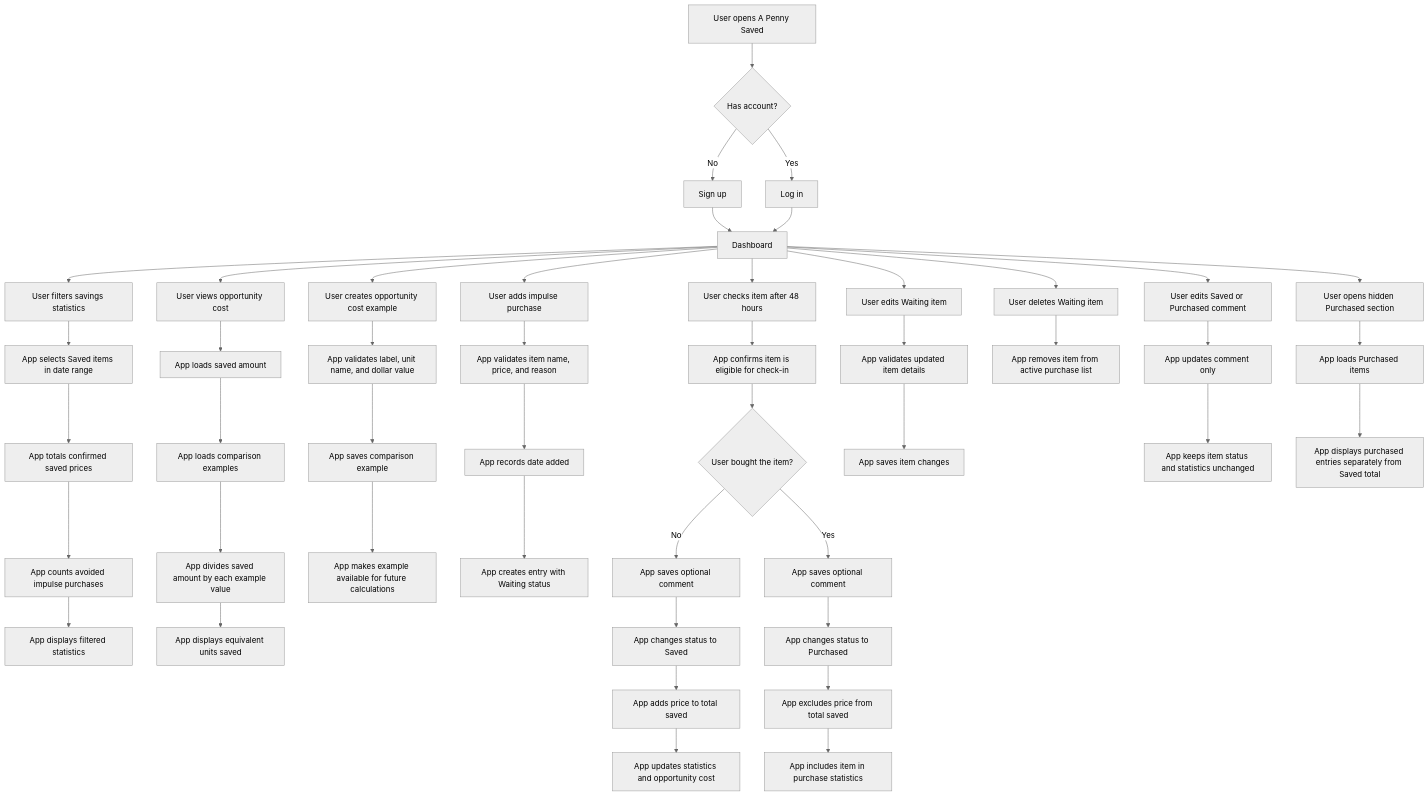
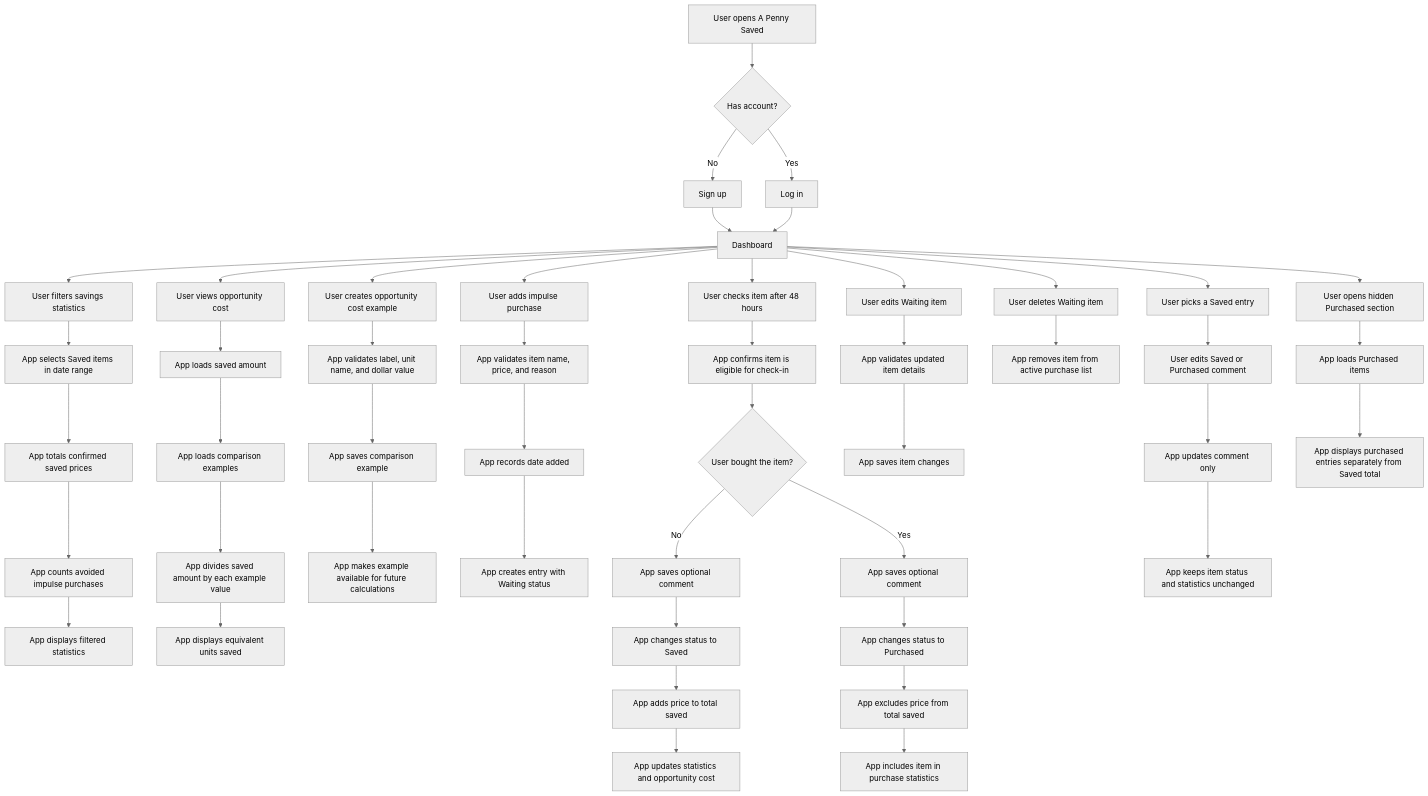
One commit to angelah9178/penny-saved changed the diagram in planning/FLOW-001-functional-flowcharts.md. Above: the diagram before and after it, drawn with Mermaid (neutral theme).

Commit message:
Minor edits to flowchart

````diff
--- a/planning/FLOW-001-functional-flowcharts.md
+++ b/planning/FLOW-001-functional-flowcharts.md
@@ -5,57 +5,58 @@
 ```mermaid
 flowchart TD
     A[User opens A Penny Saved] --> B{Has account?}
     B -- No --> C[Sign up]
     B -- Yes --> D[Log in]
     C --> E[Dashboard]
     D --> E
 
     E --> F[User filters savings statistics]
     F --> G[App selects Saved items in date range]
     G --> H[App totals confirmed saved prices]
     H --> I[App counts avoided impulse purchases]
     I --> J[App displays filtered statistics]
 
     E --> K[User views opportunity cost]
     K --> L[App loads saved amount]
     L --> M[App loads comparison examples]
     M --> N[App divides saved amount by each example value]
     N --> O[App displays equivalent units saved]
 
     E --> P[User creates opportunity cost example]
     P --> Q[App validates label, unit name, and dollar value]
     Q --> R[App saves comparison example]
     R --> S[App makes example available for future calculations]
 
     E --> T[User adds impulse purchase]
     T --> U[App validates item name, price, and reason]
     U --> V[App records date added]
     V --> W[App creates entry with Waiting status]
 
     E --> X[User checks item after 48 hours]
     X --> Y[App confirms item is eligible for check-in]
     Y --> Z{User bought the item?}
     Z -- No --> AA[App saves optional comment]
     AA --> AB[App changes status to Saved]
     AB --> AC[App adds price to total saved]
     AC --> AD[App updates statistics and opportunity cost]
     Z -- Yes --> AE[App saves optional comment]
     AE --> AF[App changes status to Purchased]
     AF --> AG[App excludes price from total saved]
     AG --> AH[App includes item in purchase statistics]
 
     E --> AI[User edits Waiting item]
     AI --> AJ[App validates updated item details]
     AJ --> AK[App saves item changes]
 
     E --> AL[User deletes Waiting item]
     AL --> AM[App removes item from active purchase list]
 
-    E --> AN[User edits Saved or Purchased comment]
-    AN --> AO[App updates comment only]
-    AO --> AP[App keeps item status and statistics unchanged]
+    E --> AN[User picks a Saved entry]
+    AN --> AO[User edits Saved or Purchased comment]
+    AO --> AP[App updates comment only]
+    AP --> AQ[App keeps item status and statistics unchanged]
 
-    E --> AQ[User opens hidden Purchased section]
-    AQ --> AR[App loads Purchased items]
-    AR --> AS[App displays purchased entries separately from Saved total]
+    E --> AR[User opens hidden Purchased section]
+    AR --> AS[App loads Purchased items]
+    AS --> AT[App displays purchased entries separately from Saved total]
 ```
````
